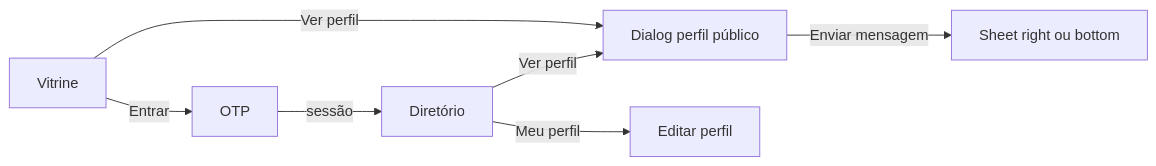
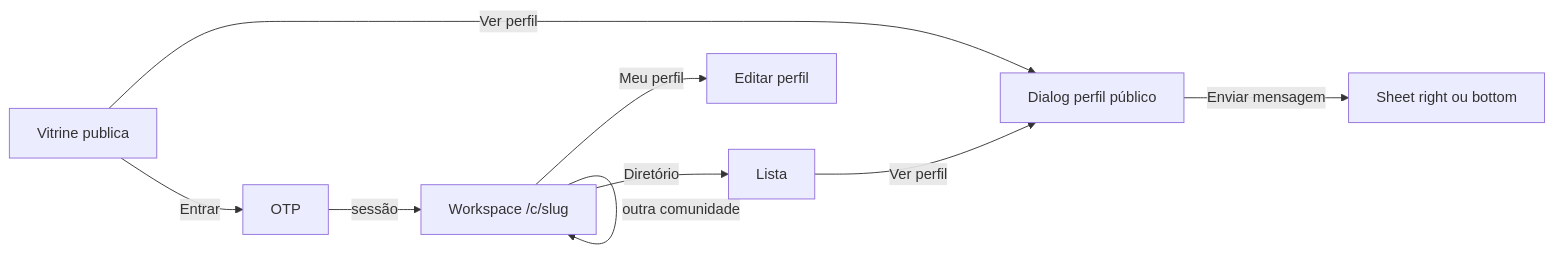
Before and after one commit to colabcolibri/comuna: the first of 2 diagrams in docs/09_design_system.md, drawn with Mermaid. The commit also changed other lines of this file and 50 other files, not shown here.

First line of the commit message:
feat(web): resolve the member workspace from community slug

````diff
--- a/docs/09_design_system.md
+++ b/docs/09_design_system.md
@@ -107,9 +110,11 @@
 ```mermaid
 flowchart LR
-    V[Vitrine] -->|Ver perfil| P[Dialog perfil público]
+    V[Vitrine publica] -->|Ver perfil| P[Dialog perfil público]
     P -->|Enviar mensagem| C[Sheet right ou bottom]
     V -->|Entrar| O[OTP]
-    O -->|sessão| D[Diretório]
+    O -->|sessão| W[Workspace /c/slug]
+    W -->|Diretório| D[Lista]
     D -->|Ver perfil| P
-    D -->|Meu perfil| E[Editar perfil]
+    W -->|Meu perfil| E[Editar perfil]
+    W -->|outra comunidade| W
 ```
````
